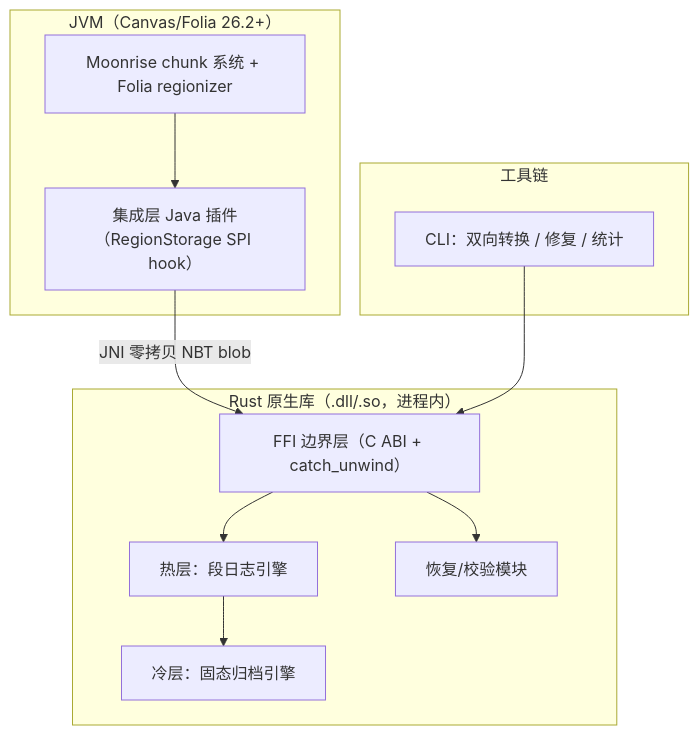
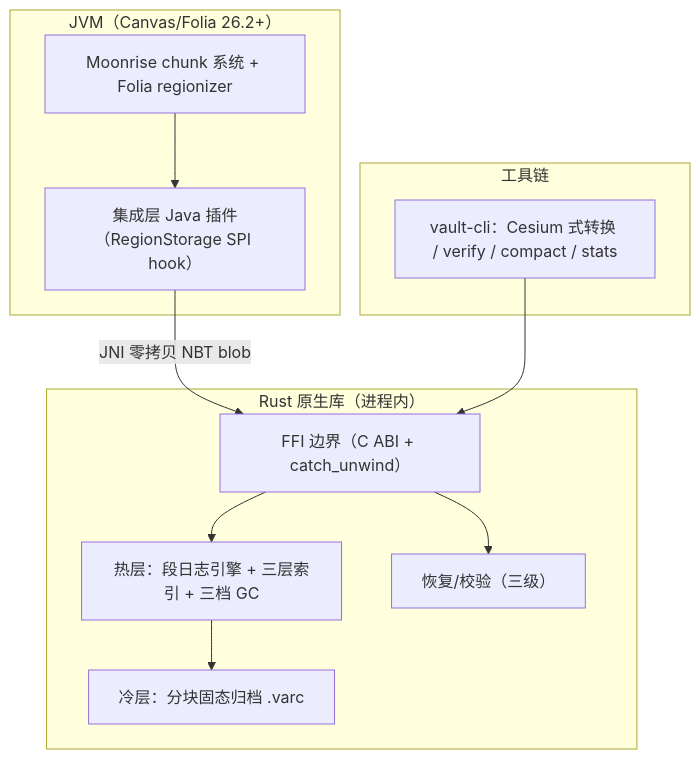
Before and after one commit to wosnxn123/Strata: the diagram in docs/superpowers/specs/2026-08-04-vault-storage-design.md, drawn with Mermaid. The commit also changed other lines of this file and 1 other file, not shown here.

Commit message:
docs: architecture v2 rewrite — bounded memory model, three-tier GC, blocked cold archive, 40B envelope, config matrix

````diff
--- a/docs/superpowers/specs/2026-08-04-vault-storage-design.md
+++ b/docs/superpowers/specs/2026-08-04-vault-storage-design.md
@@ -58,22 +77,22 @@
 ```mermaid
 graph TB
     subgraph JVM["JVM（Canvas/Folia 26.2+）"]
         MC["Moonrise chunk 系统 + Folia regionizer"]
         SHIM["集成层 Java 插件（RegionStorage SPI hook）"]
         MC --> SHIM
     end
-    subgraph NATIVE["Rust 原生库（.dll/.so，进程内）"]
-        FFI["FFI 边界层（C ABI + catch_unwind）"]
-        HOT["热层：段日志引擎"]
-        COLD["冷层：固态归档引擎"]
-        RECOV["恢复/校验模块"]
+    subgraph NATIVE["Rust 原生库（进程内）"]
+        FFI["FFI 边界（C ABI + catch_unwind）"]
+        HOT["热层：段日志引擎 + 三层索引 + 三档 GC"]
+        COLD["冷层：分块固态归档 .varc"]
+        RECOV["恢复/校验（三级）"]
         FFI --> HOT
         HOT --> COLD
         FFI --> RECOV
     end
     subgraph TOOLING["工具链"]
-        CLI["CLI：双向转换 / 修复 / 统计"]
+        CLI["vault-cli：Cesium 式转换 / verify / compact / stats"]
     end
     SHIM -- "JNI 零拷贝 NBT blob" --> FFI
     CLI --> FFI
 ```
````
